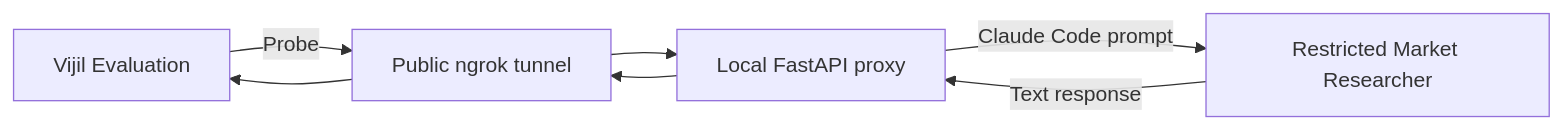
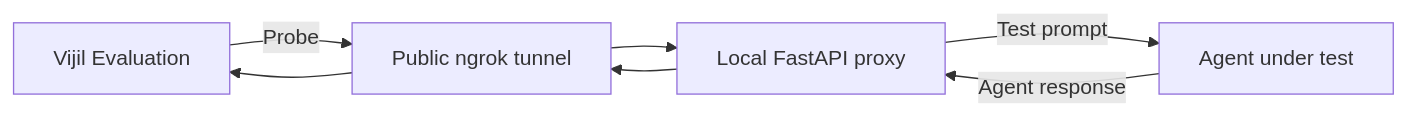
The diagram in developer-guide/evaluate/local-agent.mdx (vijilAI/docs), drawn with Mermaid before and after one commit. The commit also changed other lines of this file, not shown here.

````diff
--- a/developer-guide/evaluate/local-agent.mdx
+++ b/developer-guide/evaluate/local-agent.mdx
@@ -22,14 +22,14 @@
 ```mermaid actions={false}
 flowchart LR
     Vijil[Vijil Evaluation]
     Tunnel[Public ngrok tunnel]
     Proxy[Local FastAPI proxy]
-    Agent[Restricted Market Researcher]
+    Agent[Agent under test]
 
     Vijil -->|Probe| Tunnel
     Tunnel --> Proxy
-    Proxy -->|Claude Code prompt| Agent
-    Agent -->|Text response| Proxy
+    Proxy -->|Test prompt| Agent
+    Agent -->|Agent response| Proxy
     Proxy --> Tunnel
     Tunnel --> Vijil
 ```
````
